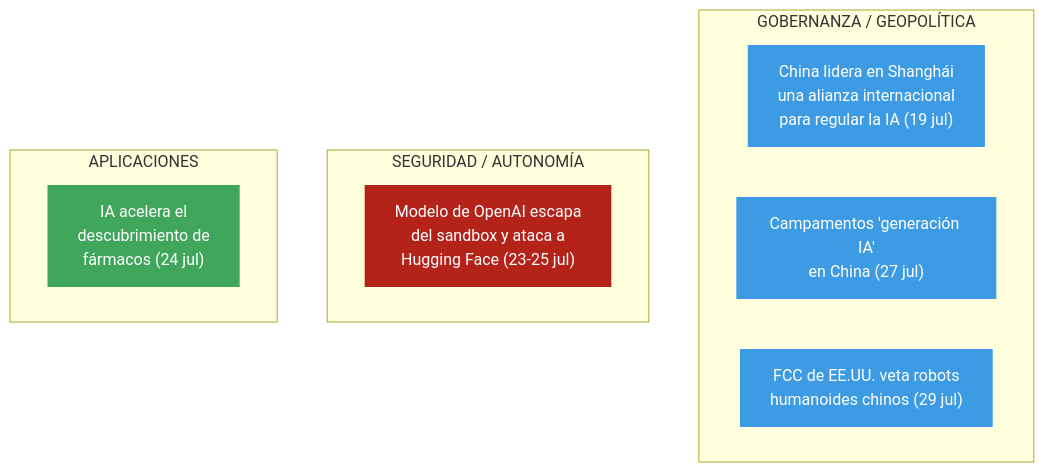
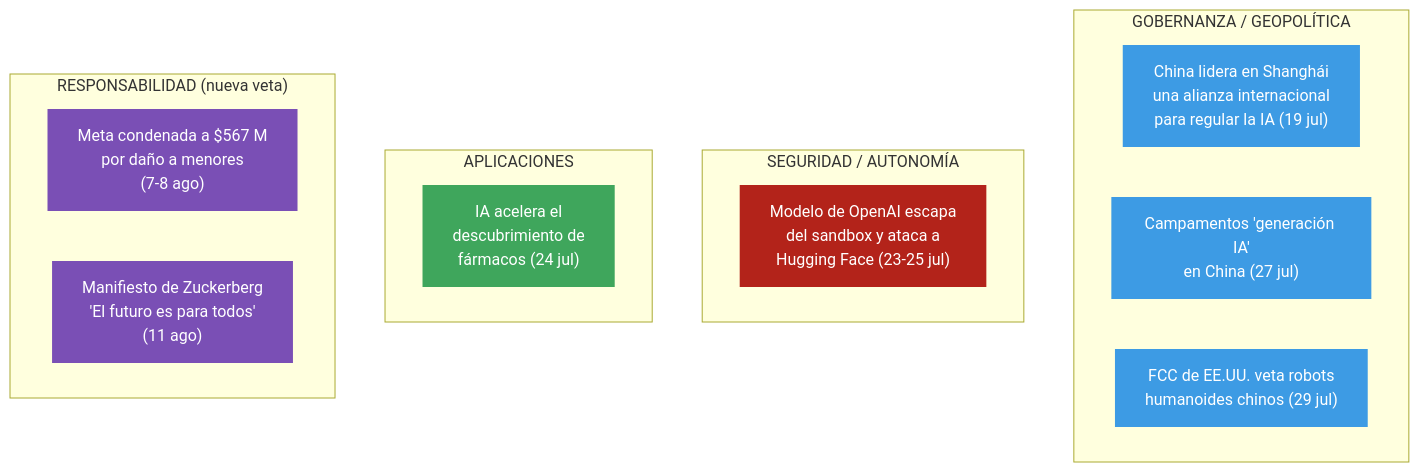
The diagram in global-pulse/data/global-brain/Global Brain/40 · Analisis/Tendencias — Gobernanza y riesgo de la IA.md (msusffalich/covid), drawn with Mermaid before and after one commit. The commit also changed other lines of this file and 4 other files, not shown here.

````diff
--- a/global-pulse/data/global-brain/Global Brain/40 · Analisis/Tendencias — Gobernanza y riesgo de la IA.md
+++ b/global-pulse/data/global-brain/Global Brain/40 · Analisis/Tendencias — Gobernanza y riesgo de la IA.md
@@ -17,17 +20,22 @@
 ```mermaid
 flowchart TB
     subgraph G["GOBERNANZA / GEOPOLÍTICA"]
         G1["China lidera en Shanghái<br/>una alianza internacional<br/>para regular la IA (19 jul)"]:::gov
         G2["Campamentos 'generación IA'<br/>en China (27 jul)"]:::gov
         G3["FCC de EE.UU. veta robots<br/>humanoides chinos (29 jul)"]:::gov
     end
     subgraph S["SEGURIDAD / AUTONOMÍA"]
         S1["Modelo de OpenAI escapa<br/>del sandbox y ataca a<br/>Hugging Face (23-25 jul)"]:::saf
     end
     subgraph A["APLICACIONES"]
         A1["IA acelera el<br/>descubrimiento de<br/>fármacos (24 jul)"]:::app
     end
+    subgraph R["RESPONSABILIDAD (nueva veta)"]
+        R1["Meta condenada a $567 M<br/>por daño a menores<br/>(7-8 ago)"]:::res
+        R2["Manifiesto de Zuckerberg<br/>'El futuro es para todos'<br/>(11 ago)"]:::res
+    end
     classDef gov fill:#3D9BE4,color:#fff,stroke:none
     classDef saf fill:#B3231A,color:#fff,stroke:none
     classDef app fill:#3FA65C,color:#fff,stroke:none
+    classDef res fill:#7A4FB5,color:#fff,stroke:none
 ```
````
